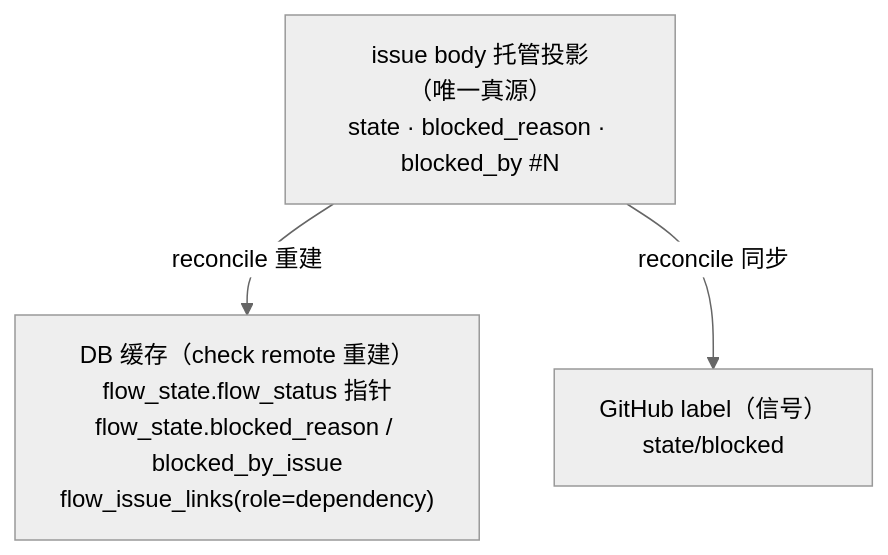
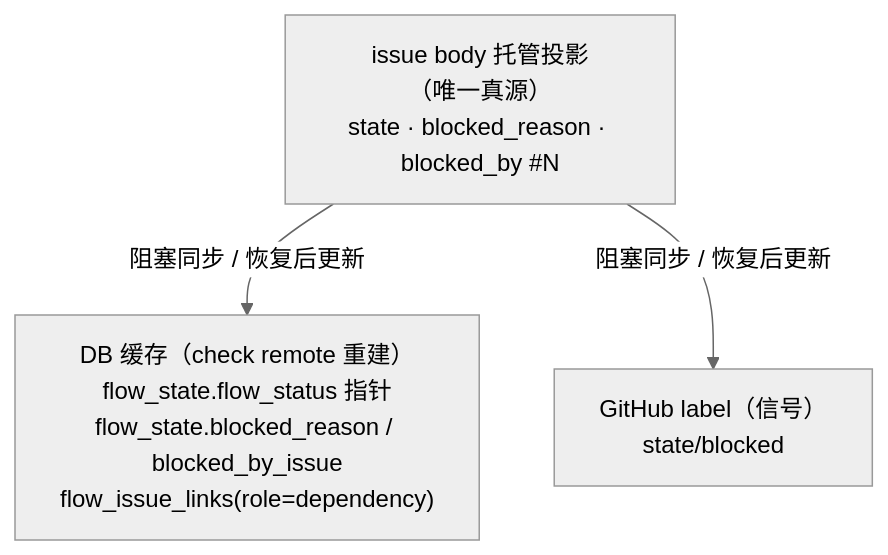
One commit to jacobcy/vibe-coding-control-center changed the diagram in docs/standards/v3/blocked-dependency-reconciliation-standard.md. Above: the diagram before and after it, drawn with Mermaid (neutral theme). The commit also changed other lines of this file and 3 other files, not shown here.

Commit message:
docs(flow): align blocked recovery standards with merged API (#3354)

````diff
--- a/docs/standards/v3/blocked-dependency-reconciliation-standard.md
+++ b/docs/standards/v3/blocked-dependency-reconciliation-standard.md
@@ -45,8 +45,8 @@
 ```mermaid
 flowchart TD
     BODY["issue body 托管投影<br/>（唯一真源）<br/>state · blocked_reason · blocked_by #N"]
     CACHE["DB 缓存（check remote 重建）<br/>flow_state.flow_status 指针<br/>flow_state.blocked_reason / blocked_by_issue<br/>flow_issue_links(role=dependency)"]
     LABEL["GitHub label（信号）<br/>state/blocked"]
-    BODY -->|reconcile 重建| CACHE
-    BODY -->|reconcile 同步| LABEL
+    BODY -->|阻塞同步 / 恢复后更新| CACHE
+    BODY -->|阻塞同步 / 恢复后更新| LABEL
 ```
````
